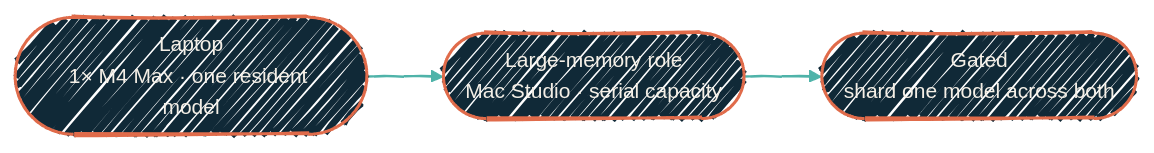
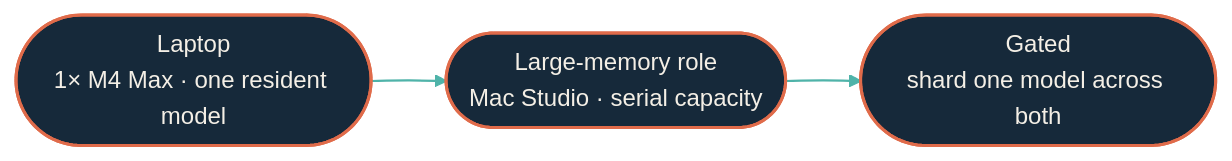
Before and after one commit to dryvist/docs: the diagram in local-llm/overview.mdx, drawn with Mermaid. The commit also changed other lines of this file and 116 other files, not shown here.

````diff
--- a/local-llm/overview.mdx
+++ b/local-llm/overview.mdx
@@ -52,15 +52,21 @@
 ```mermaid
-%%{init:
-  {'theme':'base','look':'handDrawn','themeVariables':{'fontFamily':'Geist','fontSize':'14px','primaryColor':'#102937','primaryTextColor':'#F4EFE6','primaryBorderColor':'#4FB3A9','lineColor':'#4FB3A9','secondaryColor':'#0B1D2A','tertiaryColor':'#1A2A38','clusterBkg':'rgba(79,179,169,0.08)','clusterBorder':'#4FB3A9'}}}%%
-  flowchart LR
+%%{init: {"theme":"base","look":"handDrawn","themeVariables":{"primaryColor":"#123a36","primaryTextColor":"#f4efe6","primaryBorderColor":"#4fb3a9","lineColor":"#4fb3a9","secondaryColor":"#0b1d2a","tertiaryColor":"#16293a","clusterBkg":"#08151f","clusterBorder":"#4fb3a9","fontFamily":"'Geist Sans', system-ui, -apple-system, BlinkMacSystemFont, 'Segoe UI', Roboto, sans-serif","fontSize":"14px"}}}%%
+flowchart LR
+  classDef src fill:#16293a,stroke:#e06b4a,stroke-width:2px,color:#f4efe6;
+  classDef ai fill:#16293a,stroke:#e06b4a,stroke-width:2px,color:#f4efe6;
+  classDef gate fill:#16293a,stroke:#e06b4a,stroke-width:2.5px,color:#f4efe6;
+  classDef hop fill:#16293a,stroke:#4fb3a9,stroke-width:2px,color:#f4efe6;
+  classDef host fill:#16293a,stroke:#4fb3a9,stroke-width:2px,color:#f4efe6;
+  classDef sink fill:#16293a,stroke:#f4efe6,stroke-width:2px,color:#f4efe6;
+  classDef auto fill:#16293a,stroke:#f4efe6,stroke-width:1.5px,color:#f4efe6;
+  classDef external fill:#16293a,stroke:#e6b35a,stroke-width:2px,color:#f4efe6;
   Laptop([Laptop<br/>1× M4 Max · one resident model])
   Large([Large-memory role<br/>Mac Studio · serial capacity])
   Shard([Gated<br/>shard one model across both])
 
   Laptop --> Large --> Shard
 
-  classDef ai fill:#102937,stroke:#E06B4A,stroke-width:2px,color:#F4EFE6;
   class Laptop,Large,Shard ai
 
   linkStyle default stroke:#4FB3A9,stroke-width:1.5px;
 ```
````
